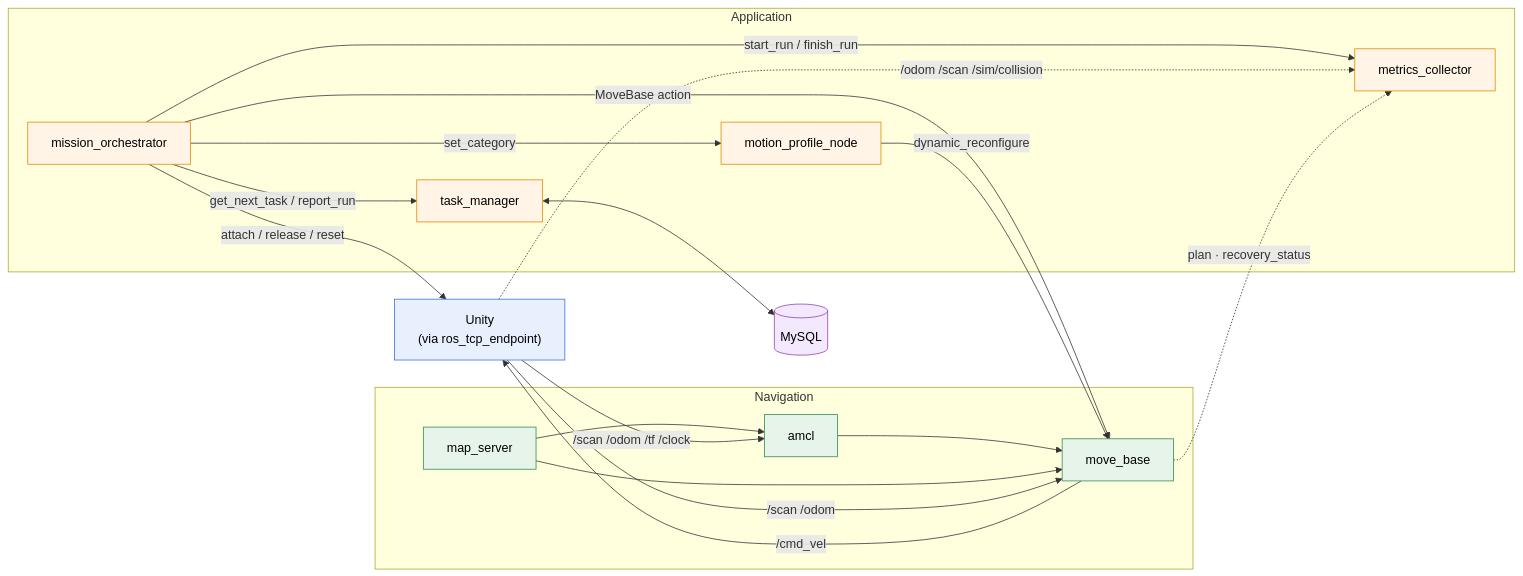
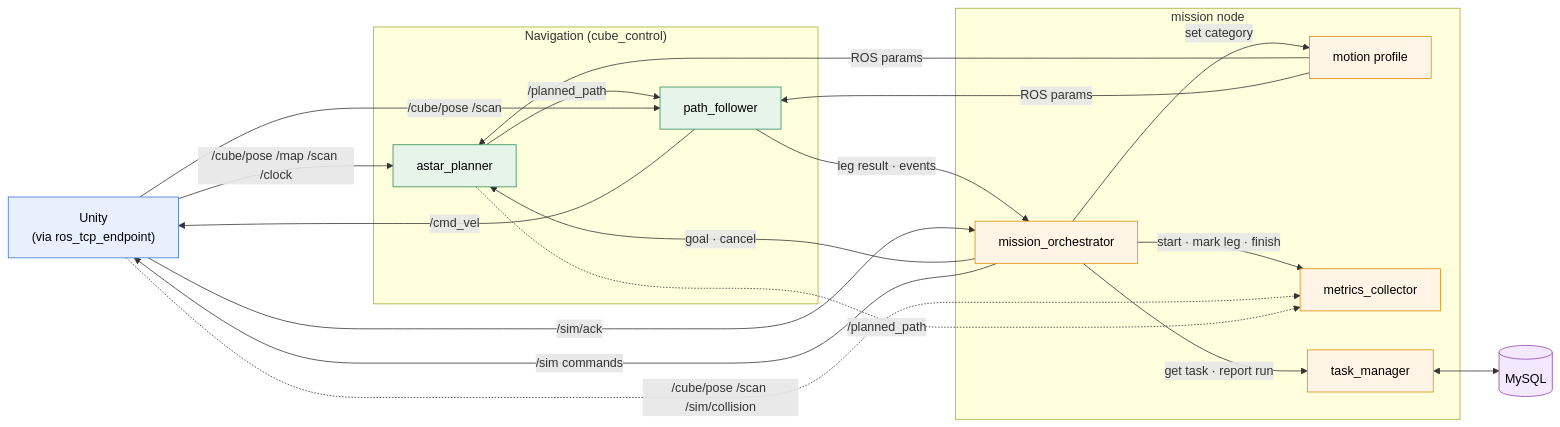
Before and after one commit to HoNguyen17/Mobile_Robo_SuppliesChain: the second of 4 diagrams in docs/architecture.md, drawn with Mermaid. The commit also changed other lines of this file and 10 other files, not shown here.

First line of the commit message:
docs: re-align the plan with the custom Python navigation code base

````diff
--- a/docs/architecture.md
+++ b/docs/architecture.md
@@ -100,42 +107,42 @@
 ```mermaid
 flowchart LR
     U["Unity<br/>(via ros_tcp_endpoint)"]
 
-    subgraph NAV["Navigation"]
-        MS[map_server] --> AM[amcl]
-        AM --> MB[move_base]
-        MS --> MB
+    subgraph NAV["Navigation (cube_control)"]
+        PL[astar_planner] -- "/planned_path" --> FO[path_follower]
     end
 
-    subgraph APP["Application"]
+    subgraph APP["mission node"]
         MO[mission_orchestrator]
-        MP[motion_profile_node]
+        MP[motion profile]
         MC[metrics_collector]
         TM[task_manager]
     end
 
     DB[(MySQL)]
 
-    U -- "/scan /odom /tf /clock" --> AM
-    U -- "/scan /odom" --> MB
-    MB -- "/cmd_vel" --> U
-
-    MO -- "MoveBase action" --> MB
-    MO -- "set_category" --> MP
-    MP -- "dynamic_reconfigure" --> MB
-    MO -- "attach / release / reset" --> U
-    MO -- "start_run / finish_run" --> MC
-    MO -- "get_next_task / report_run" --> TM
-    U -. "/odom /scan /sim/collision" .-> MC
-    MB -. "plan · recovery_status" .-> MC
+    U -- "/cube/pose /map /scan /clock" --> PL
+    U -- "/cube/pose /scan" --> FO
+    FO -- "/cmd_vel" --> U
+    MO -- "goal · cancel" --> PL
+    FO -- "leg result · events" --> MO
+    MO -- "set category" --> MP
+    MP -- "ROS params" --> PL
+    MP -- "ROS params" --> FO
+    MO -- "/sim commands" --> U
+    U -- "/sim/ack" --> MO
+    MO -- "start · mark leg · finish" --> MC
+    MO -- "get task · report run" --> TM
+    U -. "/cube/pose /scan /sim/collision" .-> MC
+    PL -. "/planned_path" .-> MC
     TM <--> DB
 
     classDef nav fill:#E6F4EA,stroke:#2E8B57,color:#000
     classDef app fill:#FFF4E5,stroke:#E08A00,color:#000
     classDef sim fill:#E8F0FE,stroke:#3B6FD8,color:#000
     classDef db fill:#F3E8FD,stroke:#8E44AD,color:#000
-    class MS,AM,MB nav
+    class PL,FO nav
     class MO,MP,MC,TM app
     class U sim
     class DB db
 ```
````
